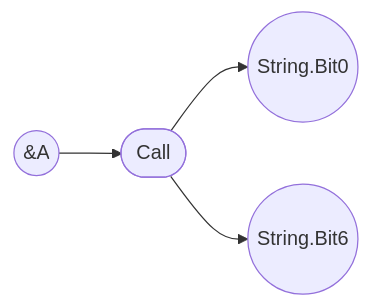
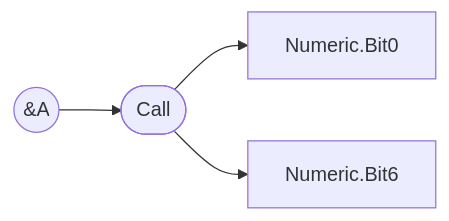
Diagram 12 of 18 in Doc/Language/ds-language-table.md (DualsoftDev/ds), drawn with Mermaid before and after one commit. The commit also changed other lines of this file, not shown here.

````diff
--- a/Doc/Language/ds-language-table.md
+++ b/Doc/Language/ds-language-table.md
@@ -376,4 +376,4 @@
 ```mermaid
     flowchart LR;
-    A((&A)) --> call([Call]) --> Bit0((String.Bit0)) & Bit6((String.Bit6))
+    A((&A)) --> call([Call]) --> Bit0[Numeric.Bit0] & Bit6[Numeric.Bit6]
 ```
````
